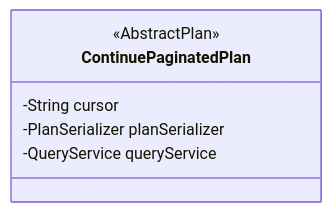
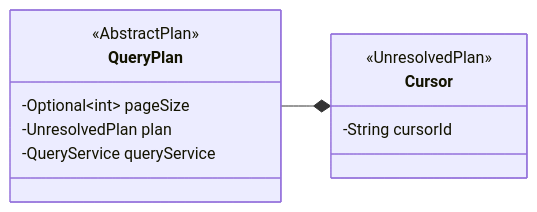
One commit to opensearch-project/sql changed the fourth of 18 diagrams in docs/dev/Pagination-v2.md. Above: the diagram before and after it, drawn with Mermaid. The commit also changed other lines of this file, not shown here.

````diff
--- a/docs/dev/Pagination-v2.md
+++ b/docs/dev/Pagination-v2.md
@@ -225,10 +193,15 @@
 ```mermaid
 classDiagram
-  direction LR
-  class ContinuePaginatedPlan {
-    <<AbstractPlan>>
-    -String cursor
-    -PlanSerializer planSerializer
-    -QueryService queryService
-  }
+    direction LR
+    class QueryPlan {
+        <<AbstractPlan>>
+        -Optional~int~ pageSize
+        -UnresolvedPlan plan
+        -QueryService queryService
+    }
+    class Cursor {
+        <<UnresolvedPlan>>
+        -String cursorId
+    }
+    QueryPlan --* Cursor
 ```
````
